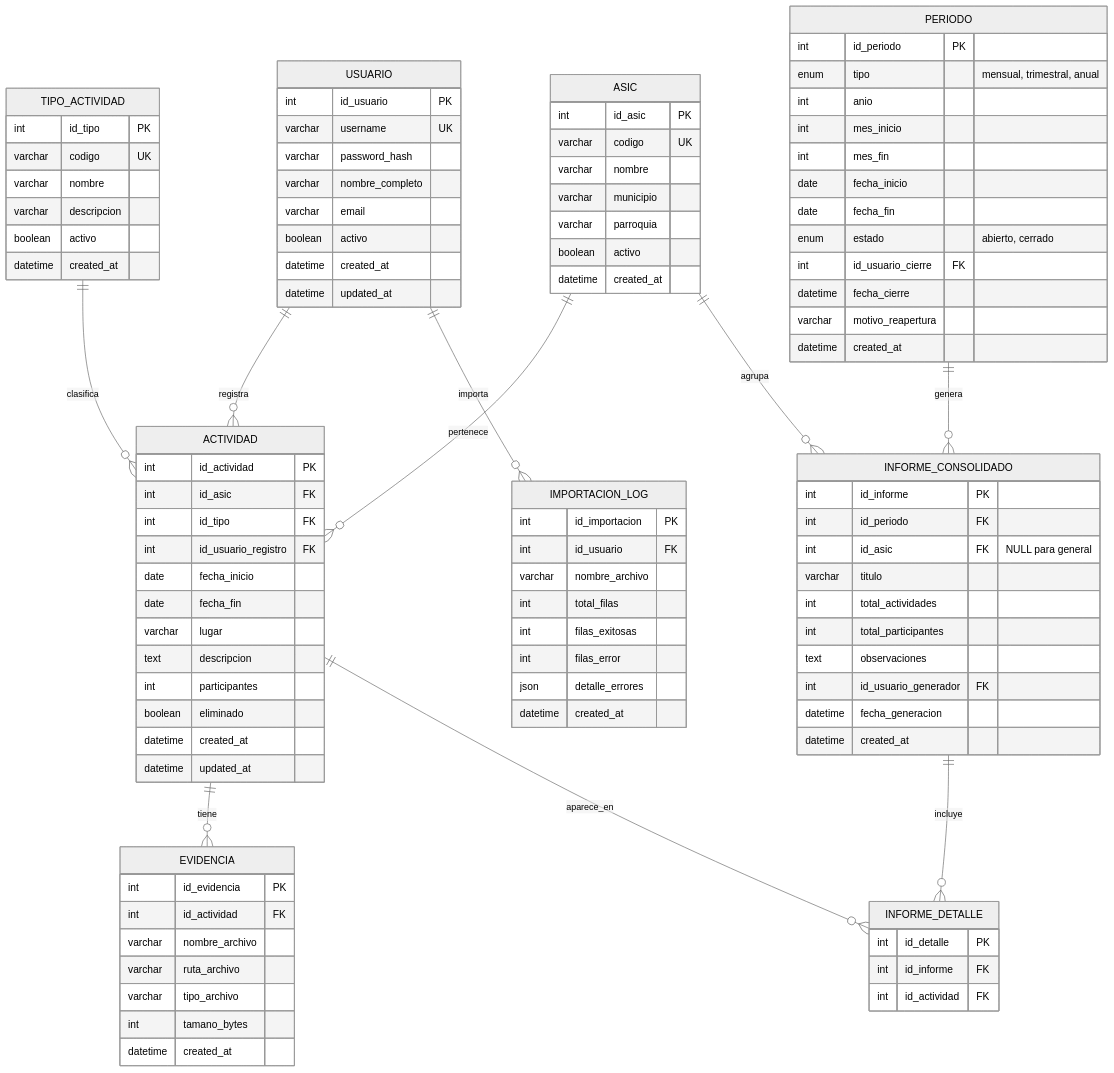
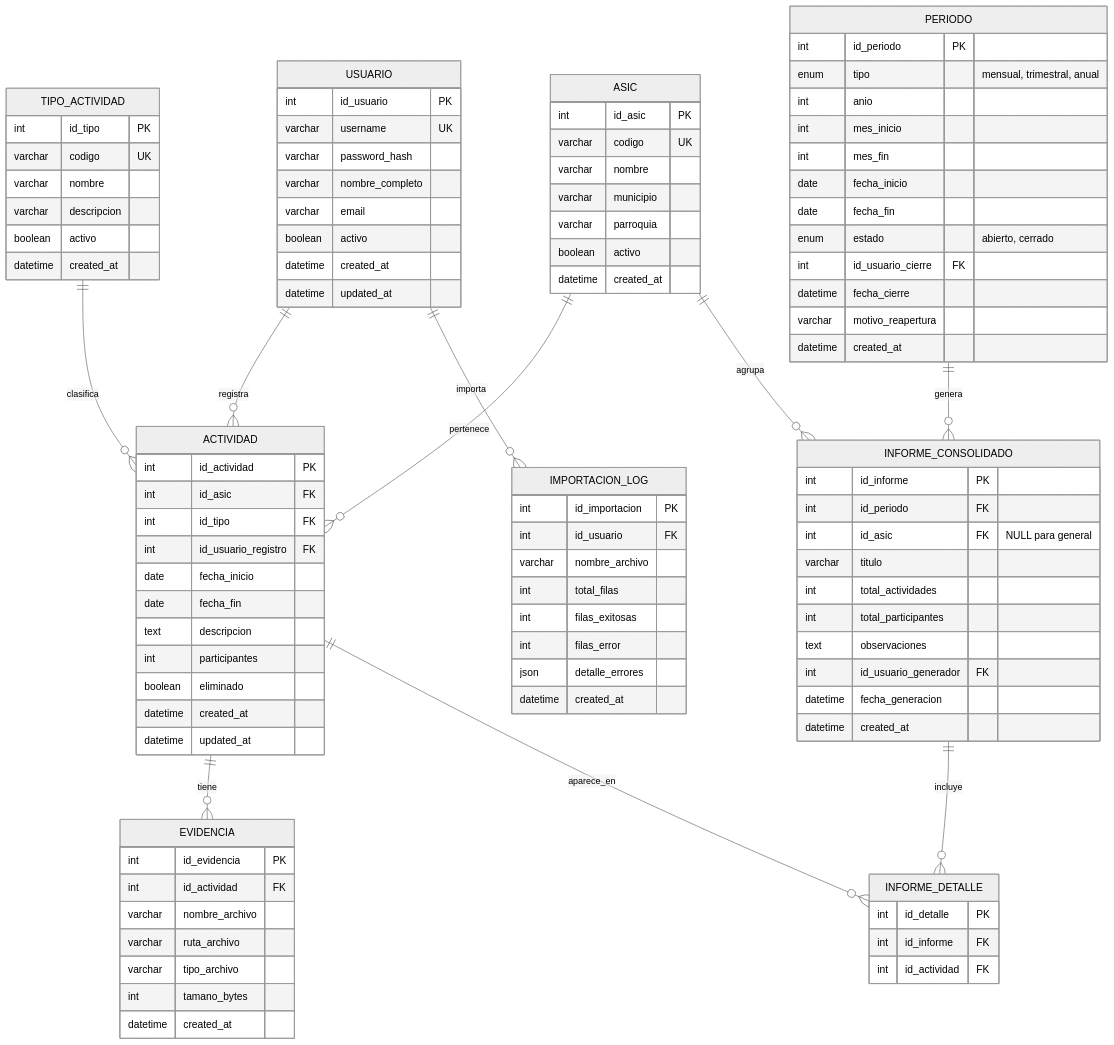
One commit to KeivyMora1/DPPPS-Corporacion-Salud-Estado-Tachira changed the second of 2 diagrams in planificacion_proyecto.md. Above: the diagram before and after it, drawn with Mermaid (neutral theme). The commit also changed 11 other files, not shown here.

```diff
--- a/planificacion_proyecto.md
+++ b/planificacion_proyecto.md
@@ -219,7 +219,6 @@
         int id_usuario_registro FK
         date fecha_inicio
         date fecha_fin
-        varchar lugar
         text descripcion
         int participantes
         boolean eliminado
```
